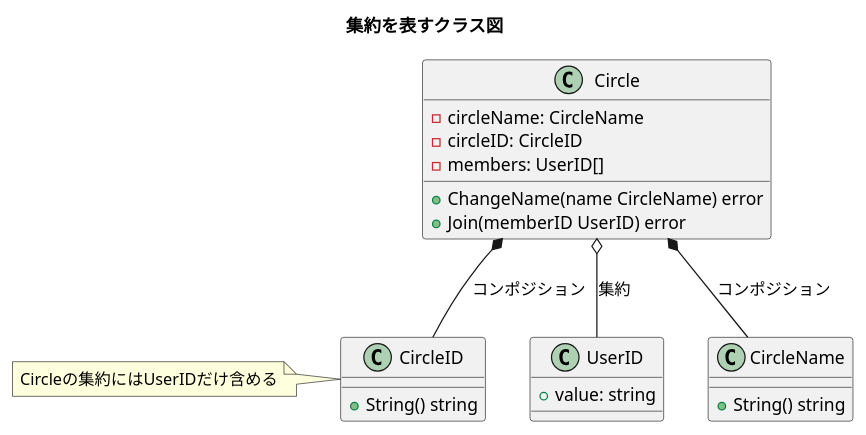
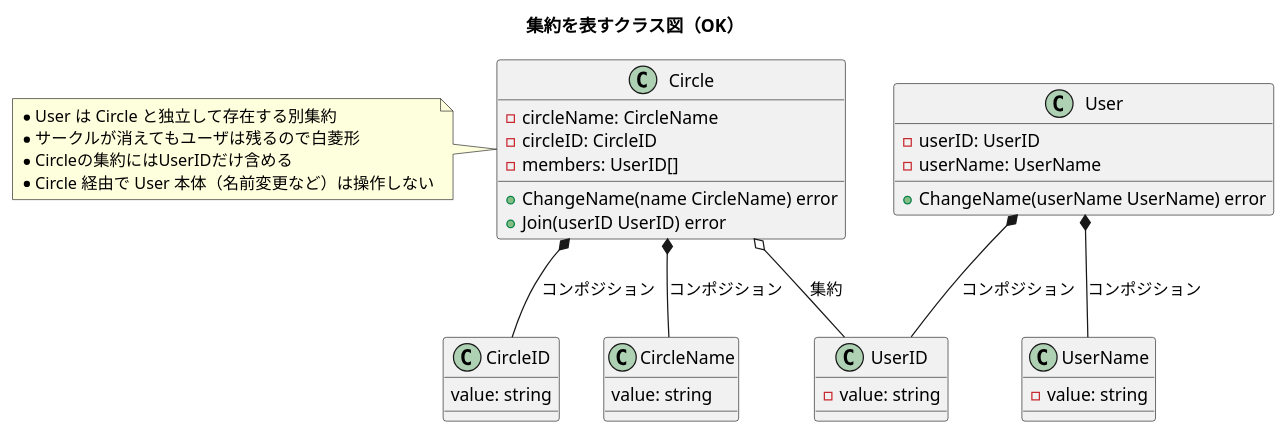
Before and after one commit to Yuki-TU/ddd: the diagram in diagrams/ch12-aggregate-userid.puml, drawn with PlantUML. The commit also changed 4 other files, not shown here.

Commit message:
12章の Circle 図を NG / OK に分け、コードも circleID と circleName を持つ形に揃える。

```diff
--- a/diagrams/ch12-aggregate-userid.puml
+++ b/diagrams/ch12-aggregate-userid.puml
@@ -1,30 +1,45 @@
 @startuml
-title 集約を表すクラス図
+title 集約を表すクラス図（OK）
+
+class User {
+  - userID: UserID
+  - userName: UserName
+  + ChangeName(userName UserName) error
+}
 
 class UserID {
-  + value: string
+  - value: string
+}
+
+class UserName {
+  - value: string
 }
 
 class Circle {
   - circleName: CircleName
   - circleID: CircleID
   - members: UserID[]
   + ChangeName(name CircleName) error
-  + Join(memberID UserID) error
-}
-
-class CircleName {
-  + String() string
-}
-class CircleID {
-  + String() string
+  + Join(userID UserID) error
 }
 
 note left
-Circleの集約にはUserIDだけ含める
+* User は Circle と独立して存在する別集約
+* サークルが消えてもユーザは残るので白菱形
+* Circleの集約にはUserIDだけ含める
+* Circle 経由で User 本体（名前変更など）は操作しない
 endnote
 
+class CircleName {
+  value: string
+}
+class CircleID {
+  value: string
+}
+
+User *-- UserID: コンポジション
+User *-- UserName: コンポジション
 Circle *-- CircleID: コンポジション
 Circle *-- CircleName: コンポジション
 Circle o-- UserID: 集約
 @enduml
```
